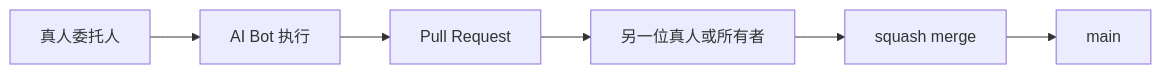
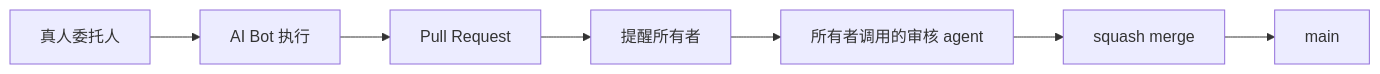
One commit to Yogdunana/AI-Q-A-Box changed the diagram in docs/ai-guide.md. Above: the diagram before and after it, drawn with Mermaid. The commit also changed other lines of this file and 9 other files, not shown here.

````diff
--- a/docs/ai-guide.md
+++ b/docs/ai-guide.md
@@ -67,8 +68,9 @@
 ```mermaid
 flowchart LR
   human[真人委托人] --> bot[AI Bot 执行]
   bot --> pr[Pull Request]
-  pr --> review[另一位真人或所有者]
+  pr --> remind[提醒所有者]
+  remind --> review[所有者调用的审核 agent]
   review --> squash[squash merge]
   squash --> main[main]
 ```
````
